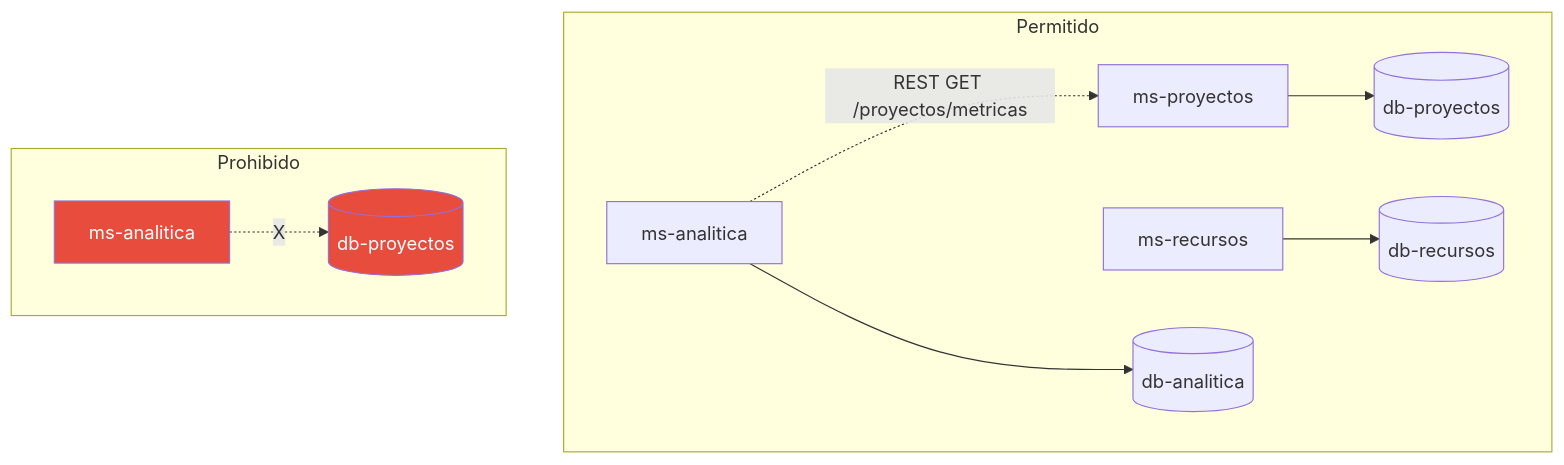
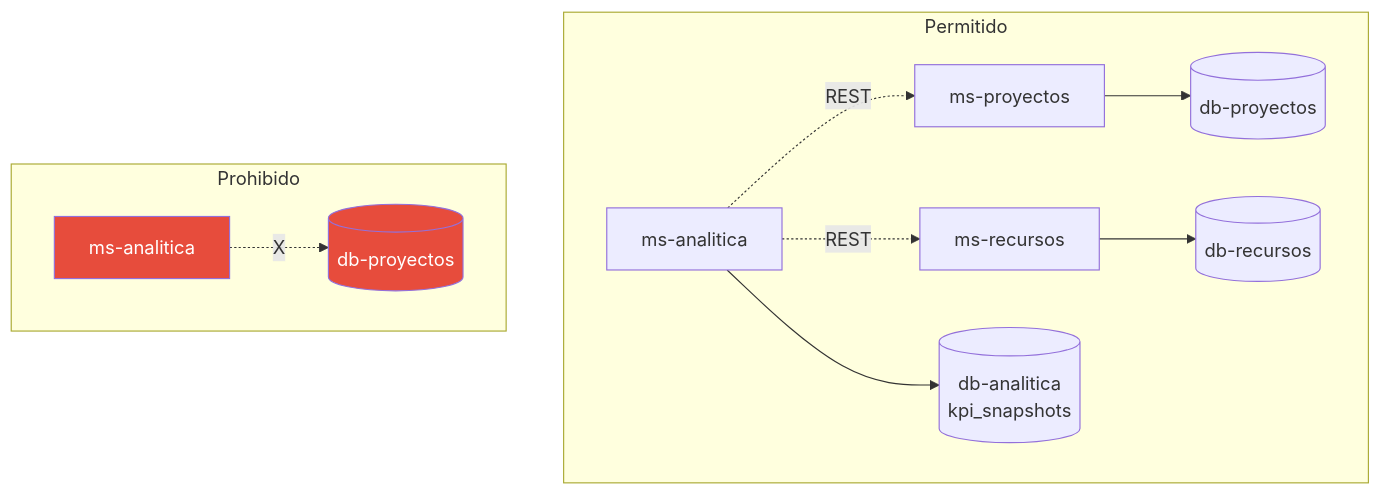
Before and after one commit to najescobar-ui/innovatechSolutionNEEP_FS: the seventh of 7 diagrams in README.md, drawn with Mermaid. The commit also changed other lines of this file, not shown here.

````diff
--- a/README.md
+++ b/README.md
@@ -284,16 +317,17 @@
 ```mermaid
 graph TB
     subgraph "Permitido"
         A1[ms-proyectos] --> D1[(db-proyectos)]
         A2[ms-recursos] --> D2[(db-recursos)]
-        A3[ms-analitica] --> D3[(db-analitica)]
-        A3 -.REST GET /proyectos/metricas.-> A1
+        A3[ms-analitica] --> D3[(db-analitica<br/>kpi_snapshots)]
+        A3 -.REST.-> A1
+        A3 -.REST.-> A2
     end
 
     subgraph "Prohibido"
         B1[ms-analitica] -.X.-> D4[(db-proyectos)]
     end
 
     style B1 fill:#E74C3C,color:#fff
     style D4 fill:#E74C3C,color:#fff
 ```
````
